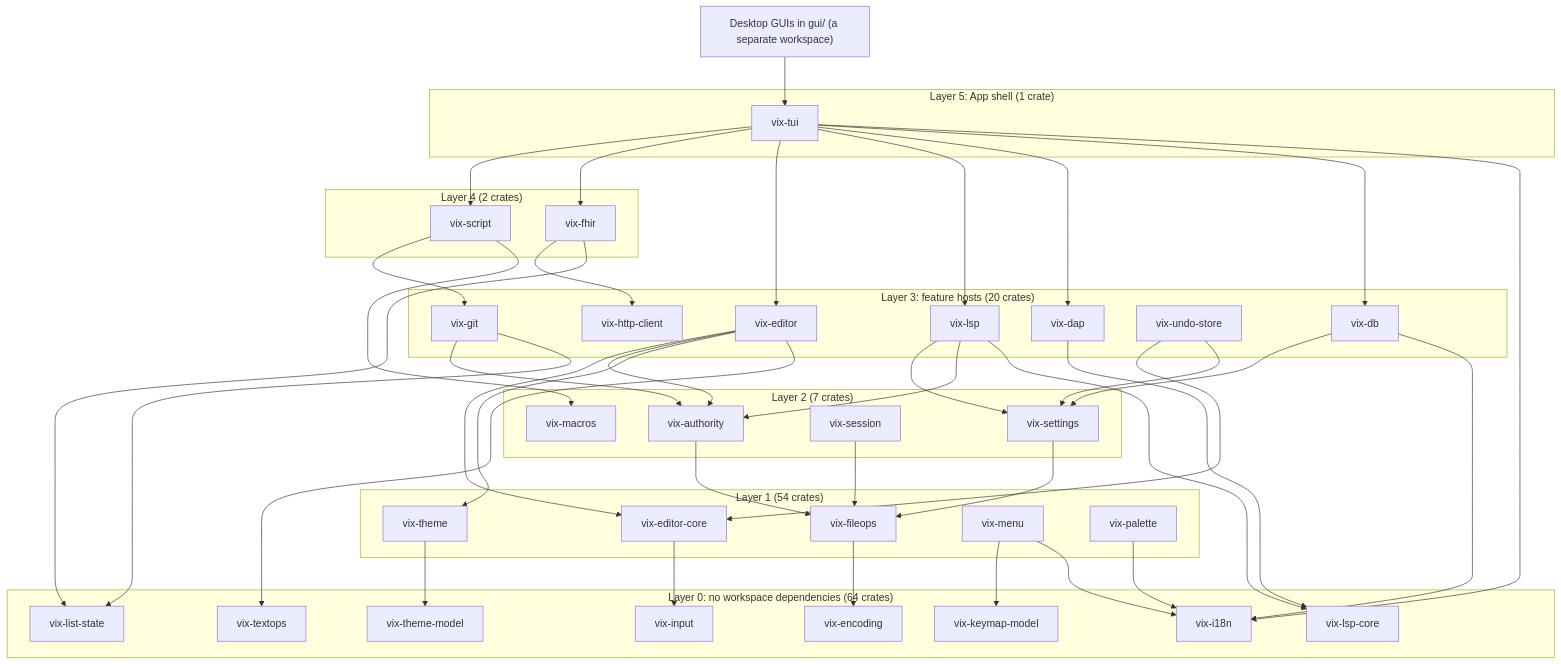
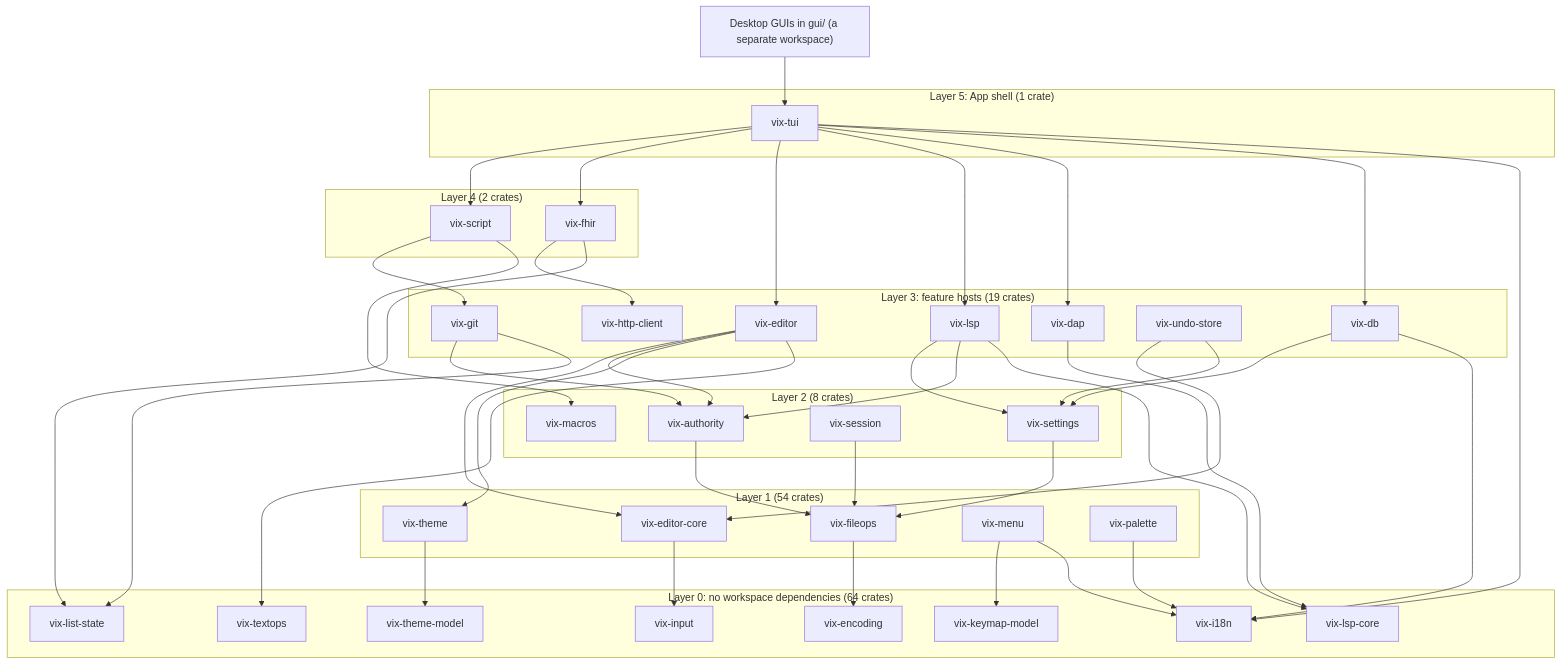
Before and after one commit to vixide/vix: the first of 18 diagrams in docs/architecture/index.md, drawn with Mermaid. The commit also changed other lines of this file and 16 other files, not shown here.

````diff
--- a/docs/architecture/index.md
+++ b/docs/architecture/index.md
@@ -35,78 +35,78 @@
 ```mermaid
 flowchart TD
     gui["Desktop GUIs in gui/ (a separate workspace)"]
     subgraph L5["Layer 5: App shell (1 crate)"]
         tui["vix-tui"]
     end
     subgraph L4["Layer 4 (2 crates)"]
         script["vix-script"]
         fhir["vix-fhir"]
     end
-    subgraph L3["Layer 3: feature hosts (20 crates)"]
+    subgraph L3["Layer 3: feature hosts (19 crates)"]
         editor["vix-editor"]
         lsp["vix-lsp"]
         dap["vix-dap"]
         git["vix-git"]
         db["vix-db"]
         undo["vix-undo-store"]
         http["vix-http-client"]
     end
-    subgraph L2["Layer 2 (7 crates)"]
+    subgraph L2["Layer 2 (8 crates)"]
         settings["vix-settings"]
         authority["vix-authority"]
         session["vix-session"]
         macros["vix-macros"]
     end
     subgraph L1["Layer 1 (54 crates)"]
         core["vix-editor-core"]
         fileops["vix-fileops"]
         theme["vix-theme"]
         menu["vix-menu"]
         palette["vix-palette"]
     end
     subgraph L0["Layer 0: no workspace dependencies (64 crates)"]
         input["vix-input"]
         i18n["vix-i18n"]
         list_state["vix-list-state"]
         encoding["vix-encoding"]
         lsp_core["vix-lsp-core"]
         textops["vix-textops"]
         theme_model["vix-theme-model"]
         keymap_model["vix-keymap-model"]
     end
     gui --> tui
     tui --> script
     tui --> fhir
     tui --> editor
     tui --> lsp
     tui --> dap
     tui --> db
     tui --> i18n
     script --> git
     script --> macros
     fhir --> http
     fhir --> list_state
     editor --> core
     editor --> authority
     editor --> theme
     editor --> textops
     undo --> core
     undo --> settings
     lsp --> settings
     lsp --> authority
     lsp --> lsp_core
     dap --> lsp_core
     git --> authority
     git --> list_state
     db --> settings
     db --> i18n
     settings --> fileops
     authority --> fileops
     session --> fileops
     core --> input
     fileops --> encoding
     theme --> theme_model
     menu --> keymap_model
     menu --> i18n
     palette --> i18n
 ```
````
